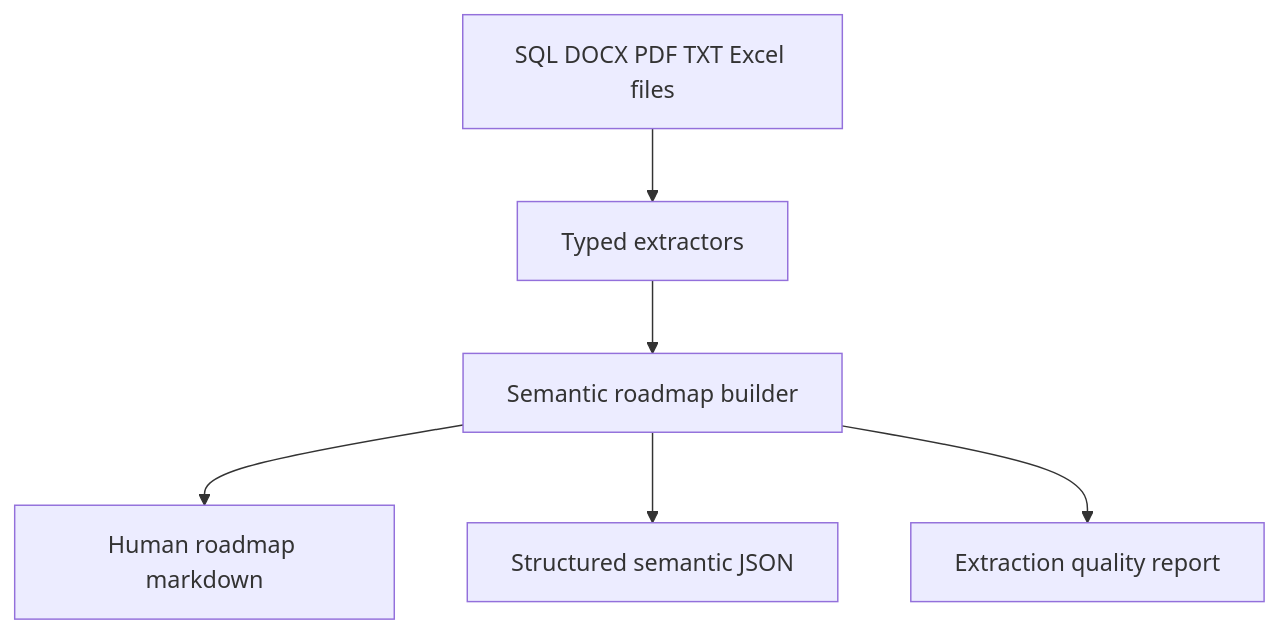
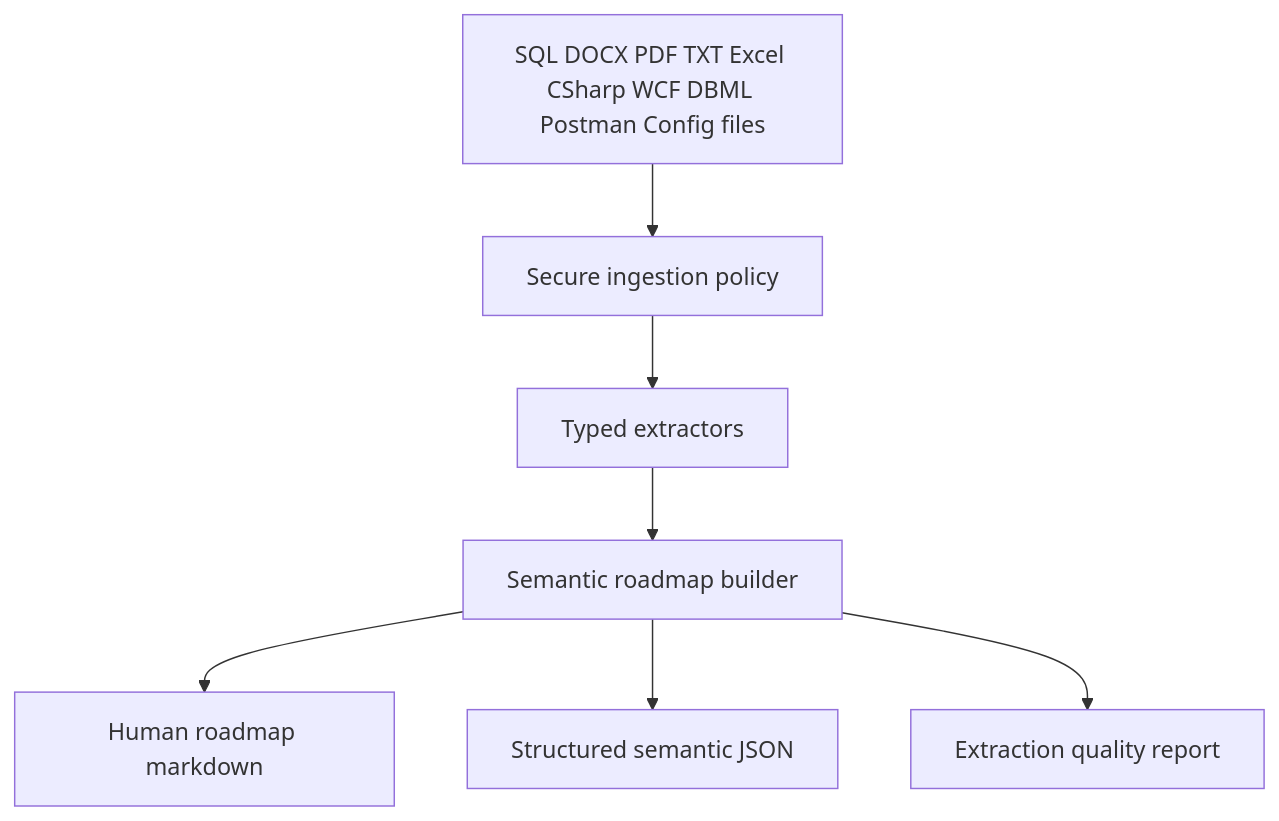
Before and after one commit to RaheesAhmed/semantic-roadmap: the diagram in README.md, drawn with Mermaid. The commit also changed other lines of this file and 12 other files, not shown here.

Commit message:
feat : Expand secure source intelligence extraction

````diff
--- a/README.md
+++ b/README.md
@@ -38,8 +41,9 @@
 ```mermaid
 flowchart TD
-    SourceFiles[SQL DOCX PDF TXT Excel files] --> Extractors[Typed extractors]
+    SourceFiles[SQL DOCX PDF TXT Excel CSharp WCF DBML Postman Config files] --> Policy[Secure ingestion policy]
+    Policy --> Extractors[Typed extractors]
     Extractors --> RoadmapBuilder[Semantic roadmap builder]
     RoadmapBuilder --> Markdown[Human roadmap markdown]
     RoadmapBuilder --> JsonGraph[Structured semantic JSON]
     RoadmapBuilder --> Report[Extraction quality report]
 ```
````
